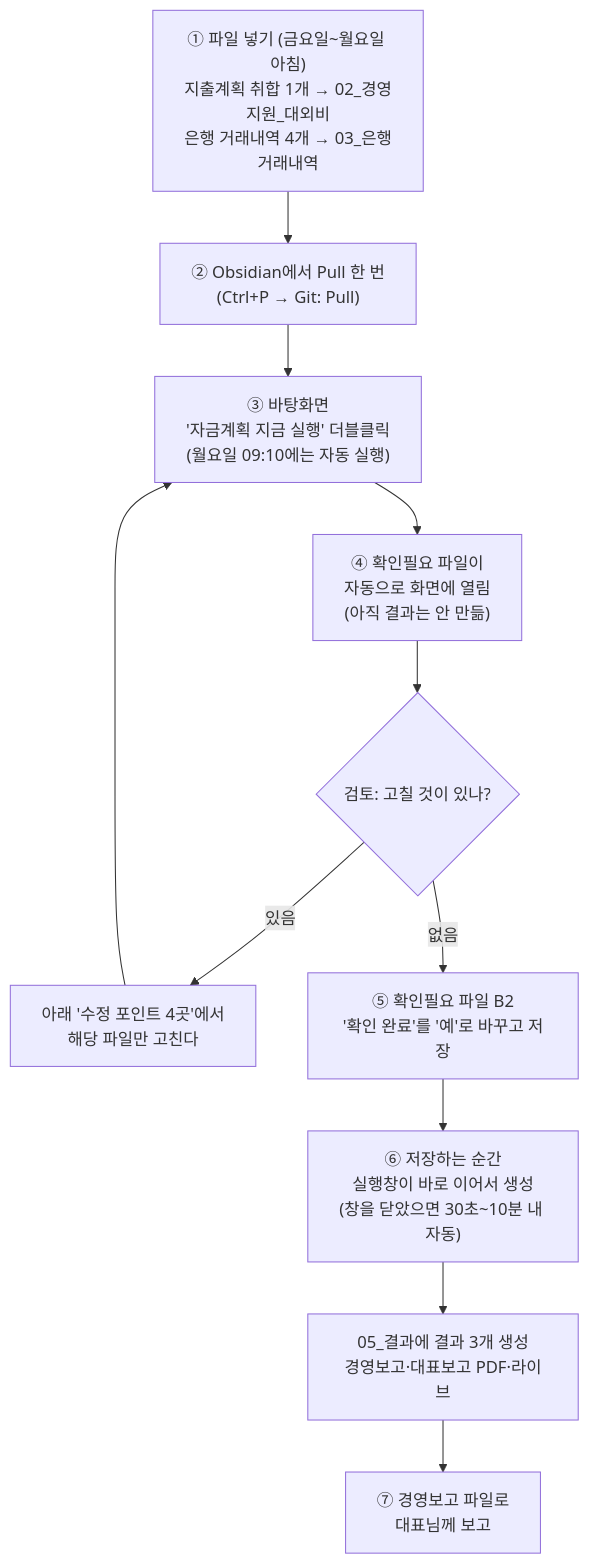
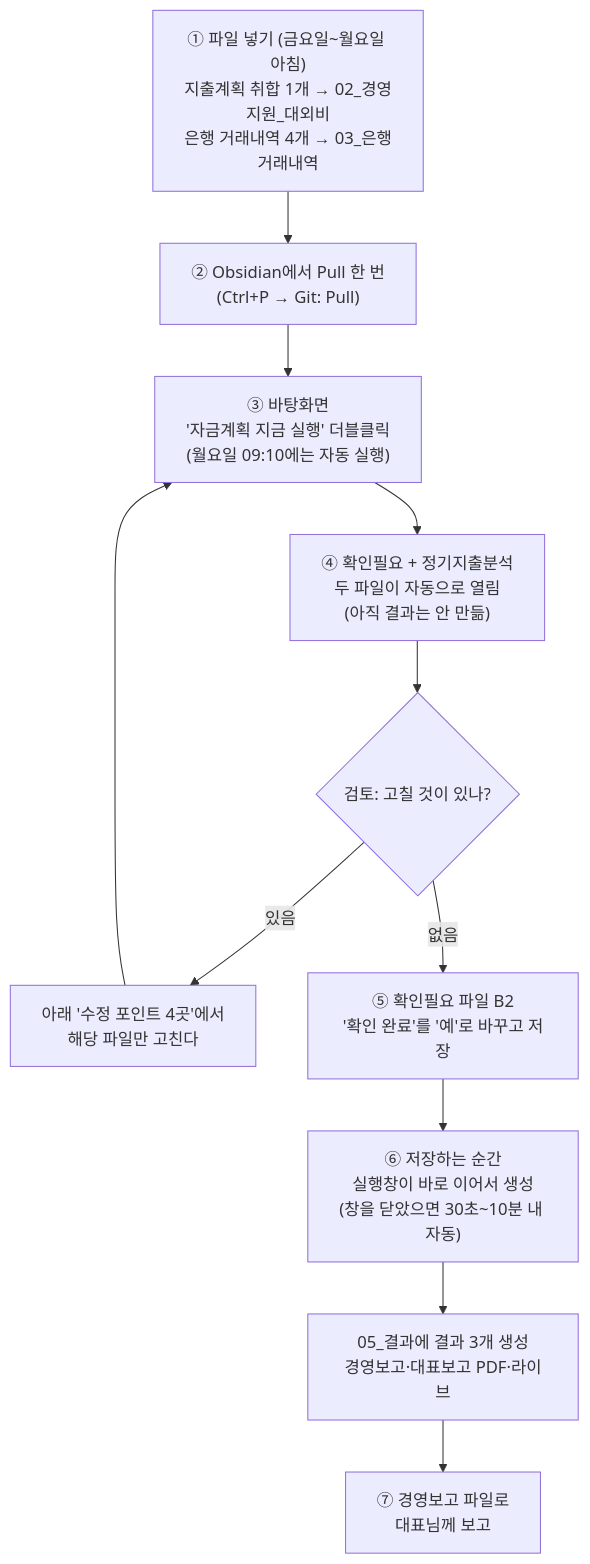
The diagram in 01-Projects/에이팜건강-주간자금계획-자동화/자금계획_자동화_순서도와_사용방법.md (goldgarden9620419-maker/mynotes), drawn with Mermaid before and after one commit. The commit also changed other lines of this file and 8 other files, not shown here.

````diff
--- a/01-Projects/에이팜건강-주간자금계획-자동화/자금계획_자동화_순서도와_사용방법.md
+++ b/01-Projects/에이팜건강-주간자금계획-자동화/자금계획_자동화_순서도와_사용방법.md
@@ -8,13 +8,13 @@
 ```mermaid
 flowchart TD
     A["① 파일 넣기 (금요일~월요일 아침)<br>지출계획 취합 1개 → 02_경영지원_대외비<br>은행 거래내역 4개 → 03_은행거래내역"] --> B["② Obsidian에서 Pull 한 번<br>(Ctrl+P → Git: Pull)"]
     B --> C["③ 바탕화면<br>'자금계획 지금 실행' 더블클릭<br>(월요일 09:10에는 자동 실행)"]
-    C --> D["④ 확인필요 파일이<br>자동으로 화면에 열림<br>(아직 결과는 안 만듦)"]
+    C --> D["④ 확인필요 + 정기지출분석<br>두 파일이 자동으로 열림<br>(아직 결과는 안 만듦)"]
     D --> E{"검토: 고칠 것이 있나?"}
     E -- 있음 --> G["아래 '수정 포인트 4곳'에서<br>해당 파일만 고친다"]
     G --> C
     E -- 없음 --> H["⑤ 확인필요 파일 B2<br>'확인 완료'를 '예'로 바꾸고 저장"]
     H --> I["⑥ 저장하는 순간<br>실행창이 바로 이어서 생성<br>(창을 닫았으면 30초~10분 내 자동)"]
     I --> J["05_결과에 결과 3개 생성<br>경영보고·대표보고 PDF·라이브"]
     J --> K["⑦ 경영보고 파일로<br>대표님께 보고"]
 ```
````
